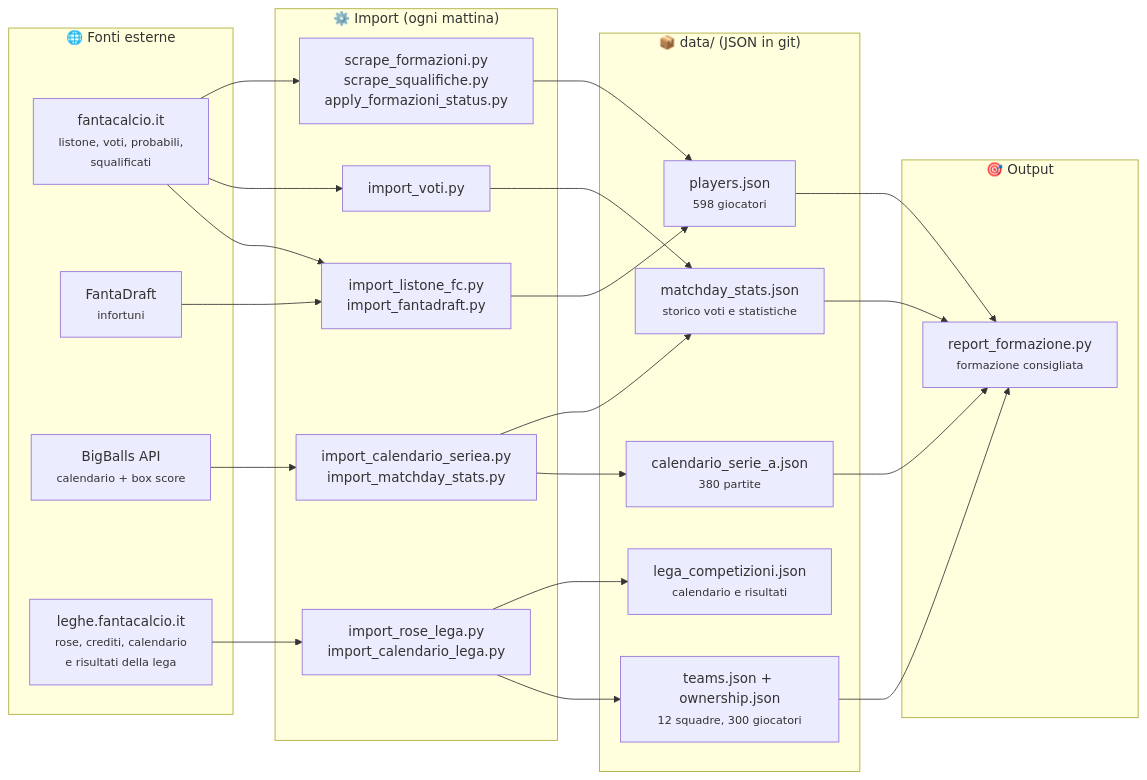
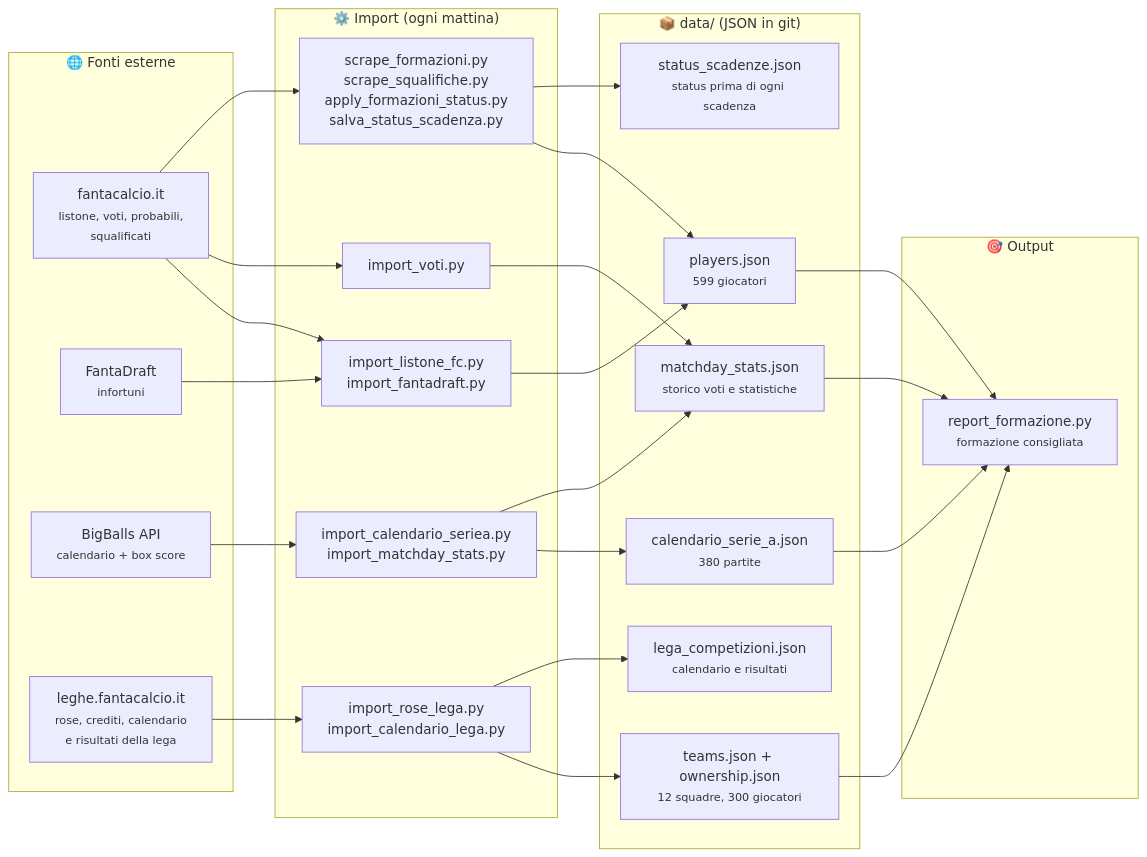
The diagram in README.md (FynePool/fanta-carbonara), drawn with Mermaid before and after one commit. The commit also changed other lines of this file, not shown here.

````diff
--- a/README.md
+++ b/README.md
@@ -42,37 +42,38 @@
 ```mermaid
 flowchart LR
     subgraph fonti["🌐 Fonti esterne"]
         FC["fantacalcio.it<br/><small>listone, voti, probabili,<br/>squalificati</small>"]
         FD["FantaDraft<br/><small>infortuni</small>"]
         BB["BigBalls API<br/><small>calendario + box score</small>"]
         LF["leghe.fantacalcio.it<br/><small>rose, crediti, calendario<br/>e risultati della lega</small>"]
     end
 
     subgraph scripts["⚙️ Import (ogni mattina)"]
         I1["import_listone_fc.py<br/>import_fantadraft.py"]
         I2["import_voti.py"]
         I3["import_calendario_seriea.py<br/>import_matchday_stats.py"]
-        I4["scrape_formazioni.py<br/>scrape_squalifiche.py<br/>apply_formazioni_status.py"]
+        I4["scrape_formazioni.py<br/>scrape_squalifiche.py<br/>apply_formazioni_status.py<br/>salva_status_scadenza.py"]
         I5["import_rose_lega.py<br/>import_calendario_lega.py"]
     end
 
     subgraph dati["📦 data/ (JSON in git)"]
-        P["players.json<br/><small>598 giocatori</small>"]
+        P["players.json<br/><small>599 giocatori</small>"]
+        S["status_scadenze.json<br/><small>status prima di ogni scadenza</small>"]
         M["matchday_stats.json<br/><small>storico voti e statistiche</small>"]
         C["calendario_serie_a.json<br/><small>380 partite</small>"]
         O["teams.json + ownership.json<br/><small>12 squadre, 300 giocatori</small>"]
         L["lega_competizioni.json<br/><small>calendario e risultati</small>"]
     end
 
     subgraph out["🎯 Output"]
         R["report_formazione.py<br/><small>formazione consigliata</small>"]
     end
 
     FC --> I1 --> P
     FD --> I1
     FC --> I2 --> M
-    FC --> I4 --> P
+    FC --> I4 --> P & S
     BB --> I3 --> C & M
     LF --> I5 --> O & L
     P & O & M & C --> R
 ```
````
